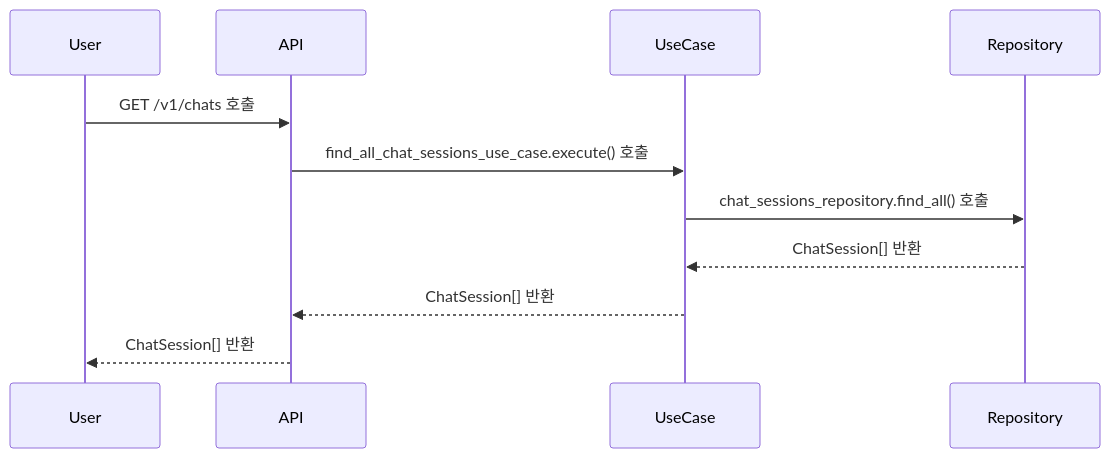
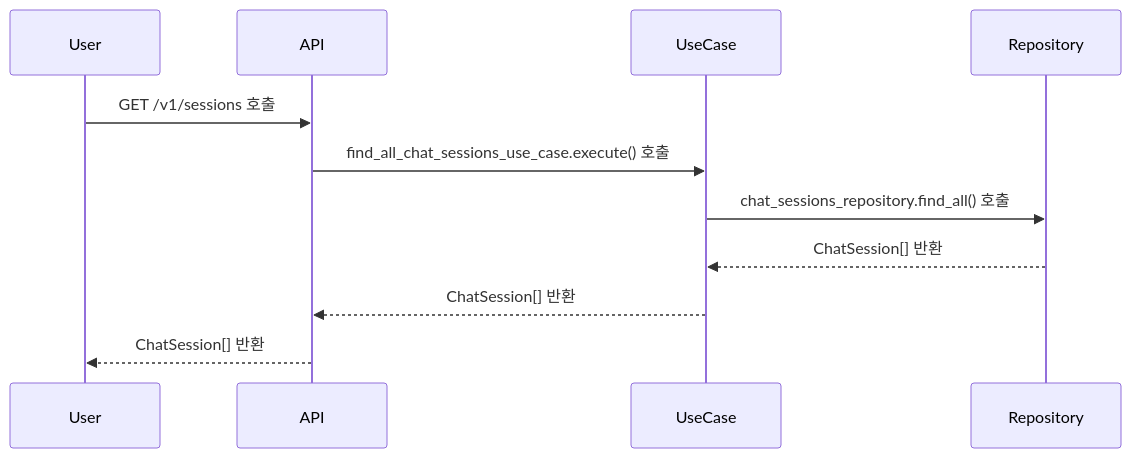
One commit to JeHwanYoo/naver-smart-store-rag-chatbot changed the first of 5 diagrams in README.md. Above: the diagram before and after it, drawn with Mermaid. The commit also changed other lines of this file, not shown here.

First line of the commit message:
📝docs(README): API Path의 의미를 보다 명확히 정의

````diff
--- a/README.md
+++ b/README.md
@@ -217,9 +217,9 @@
 ```mermaid
 sequenceDiagram
-    User ->> API: GET /v1/chats 호출
+    User ->> API: GET /v1/sessions 호출
     API ->> UseCase: find_all_chat_sessions_use_case.execute() 호출
     UseCase ->> Repository: chat_sessions_repository.find_all() 호출
     Repository -->> UseCase: ChatSession[] 반환
     UseCase -->> API: ChatSession[] 반환
     API -->> User: ChatSession[] 반환
 ```
````
